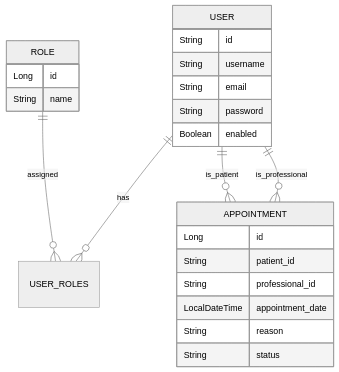
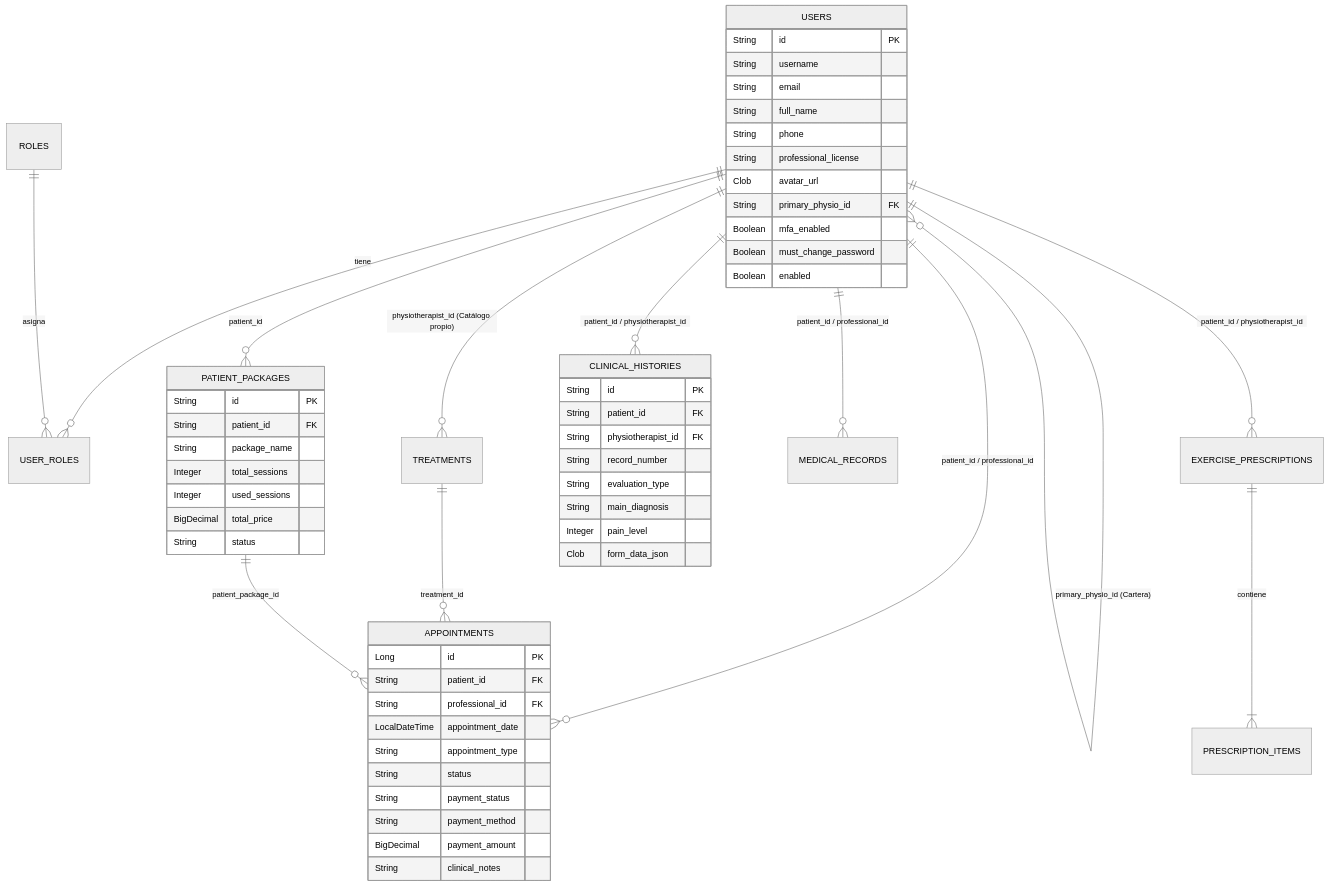
The third of 3 diagrams in README.md (S1ddh4rth4/app-fisio), drawn with Mermaid (neutral theme) before and after one commit. The commit also changed other lines of this file, not shown here.

Commit message:
docs: actualizar README con arquitectura full-stack, diagramas y bitacora de ingenieria

````diff
--- a/README.md
+++ b/README.md
@@ -158,27 +116,60 @@
 ```mermaid
 erDiagram
-    USER ||--o{ USER_ROLES : has
-    ROLE ||--o{ USER_ROLES : assigned
-    USER ||--o{ APPOINTMENT : is_patient
-    USER ||--o{ APPOINTMENT : is_professional
-    
-    USER {
-        String id
+    USERS ||--o{ USER_ROLES : tiene
+    ROLES ||--o{ USER_ROLES : asigna
+    USERS ||--o{ USERS : "primary_physio_id (Cartera)"
+    USERS ||--o{ TREATMENTS : "physiotherapist_id (Catálogo propio)"
+    USERS ||--o{ APPOINTMENTS : "patient_id / professional_id"
+    TREATMENTS ||--o{ APPOINTMENTS : "treatment_id"
+    PATIENT_PACKAGES ||--o{ APPOINTMENTS : "patient_package_id"
+    USERS ||--o{ PATIENT_PACKAGES : "patient_id"
+    USERS ||--o{ CLINICAL_HISTORIES : "patient_id / physiotherapist_id"
+    USERS ||--o{ MEDICAL_RECORDS : "patient_id / professional_id"
+    USERS ||--o{ EXERCISE_PRESCRIPTIONS : "patient_id / physiotherapist_id"
+    EXERCISE_PRESCRIPTIONS ||--|{ PRESCRIPTION_ITEMS : contiene
+
+    USERS {
+        String id PK
         String username
         String email
-        String password
+        String full_name
+        String phone
+        String professional_license
+        Clob avatar_url
+        String primary_physio_id FK
+        Boolean mfa_enabled
+        Boolean must_change_password
         Boolean enabled
     }
-    ROLE {
-        Long id
-        String name
+    CLINICAL_HISTORIES {
+        String id PK
+        String patient_id FK
+        String physiotherapist_id FK
+        String record_number
+        String evaluation_type
+        String main_diagnosis
+        Integer pain_level
+        Clob form_data_json
     }
-    APPOINTMENT {
-        Long id
-        String patient_id
-        String professional_id
+    APPOINTMENTS {
+        Long id PK
+        String patient_id FK
+        String professional_id FK
         LocalDateTime appointment_date
-        String reason
+        String appointment_type
+        String status
+        String payment_status
+        String payment_method
+        BigDecimal payment_amount
+        String clinical_notes
+    }
+    PATIENT_PACKAGES {
+        String id PK
+        String patient_id FK
+        String package_name
+        Integer total_sessions
+        Integer used_sessions
+        BigDecimal total_price
         String status
     }
 ```
````
